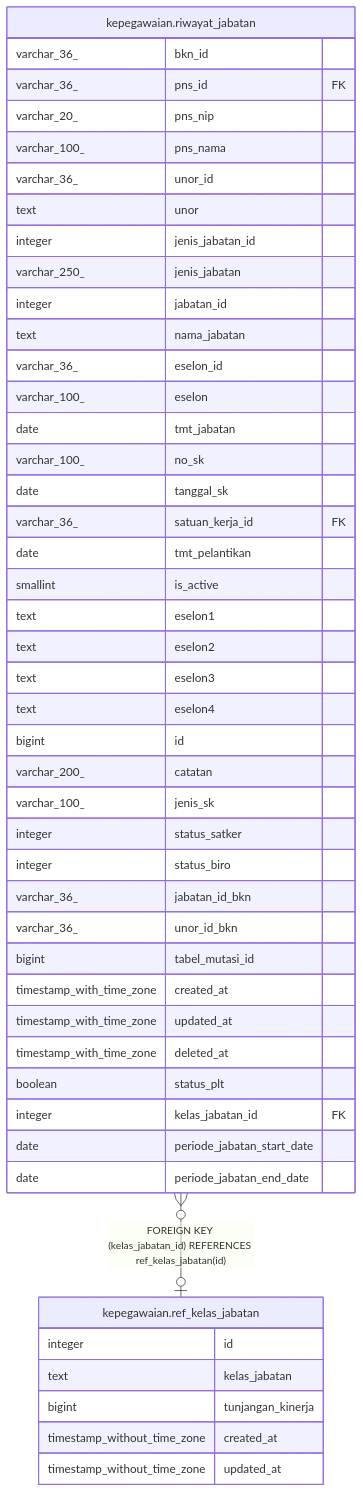
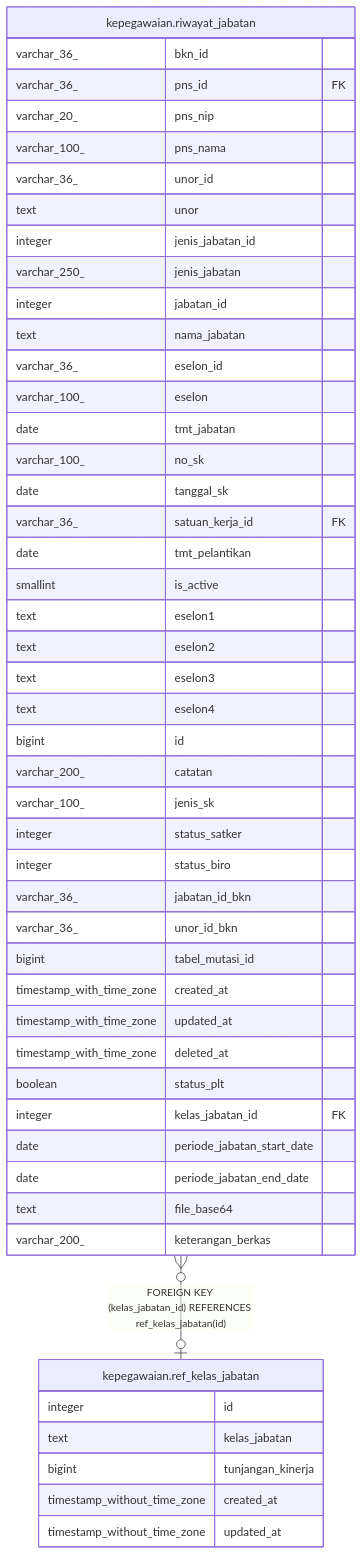
The diagram in services/kepegawaian/docs/db/kepegawaian.ref_kelas_jabatan.md (nandanugg/triforce.nvim), drawn with Mermaid before and after one commit. The commit also changed 37 other files, not shown here.

````diff
--- a/services/kepegawaian/docs/db/kepegawaian.ref_kelas_jabatan.md
+++ b/services/kepegawaian/docs/db/kepegawaian.ref_kelas_jabatan.md
@@ -31,52 +31,54 @@
 ```mermaid
 erDiagram
 
 "kepegawaian.riwayat_jabatan" }o--o| "kepegawaian.ref_kelas_jabatan" : "FOREIGN KEY (kelas_jabatan_id) REFERENCES ref_kelas_jabatan(id)"
 
 "kepegawaian.ref_kelas_jabatan" {
   integer id
   text kelas_jabatan
   bigint tunjangan_kinerja
   timestamp_without_time_zone created_at
   timestamp_without_time_zone updated_at
 }
 "kepegawaian.riwayat_jabatan" {
   varchar_36_ bkn_id
   varchar_36_ pns_id FK
   varchar_20_ pns_nip
   varchar_100_ pns_nama
   varchar_36_ unor_id
   text unor
   integer jenis_jabatan_id
   varchar_250_ jenis_jabatan
   integer jabatan_id
   text nama_jabatan
   varchar_36_ eselon_id
   varchar_100_ eselon
   date tmt_jabatan
   varchar_100_ no_sk
   date tanggal_sk
   varchar_36_ satuan_kerja_id FK
   date tmt_pelantikan
   smallint is_active
   text eselon1
   text eselon2
   text eselon3
   text eselon4
   bigint id
   varchar_200_ catatan
   varchar_100_ jenis_sk
   integer status_satker
   integer status_biro
   varchar_36_ jabatan_id_bkn
   varchar_36_ unor_id_bkn
   bigint tabel_mutasi_id
   timestamp_with_time_zone created_at
   timestamp_with_time_zone updated_at
   timestamp_with_time_zone deleted_at
   boolean status_plt
   integer kelas_jabatan_id FK
   date periode_jabatan_start_date
   date periode_jabatan_end_date
+  text file_base64
+  varchar_200_ keterangan_berkas
 }
 ```
````
